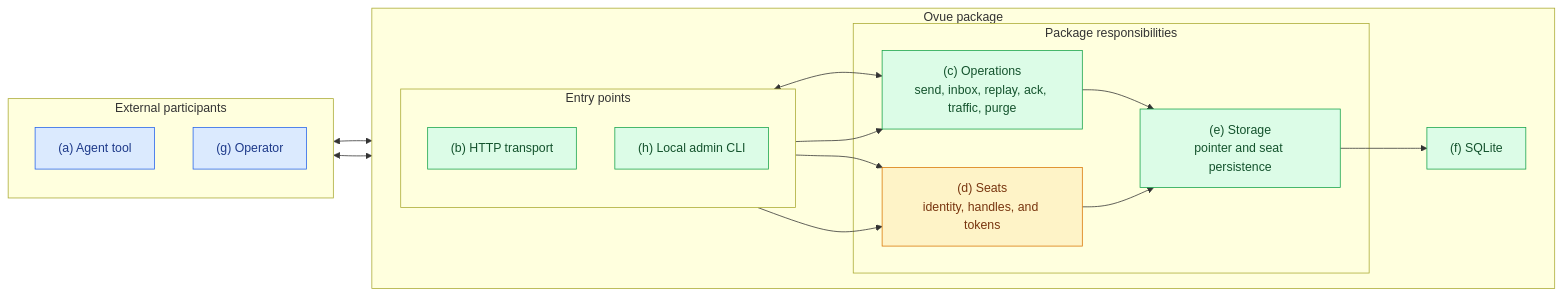
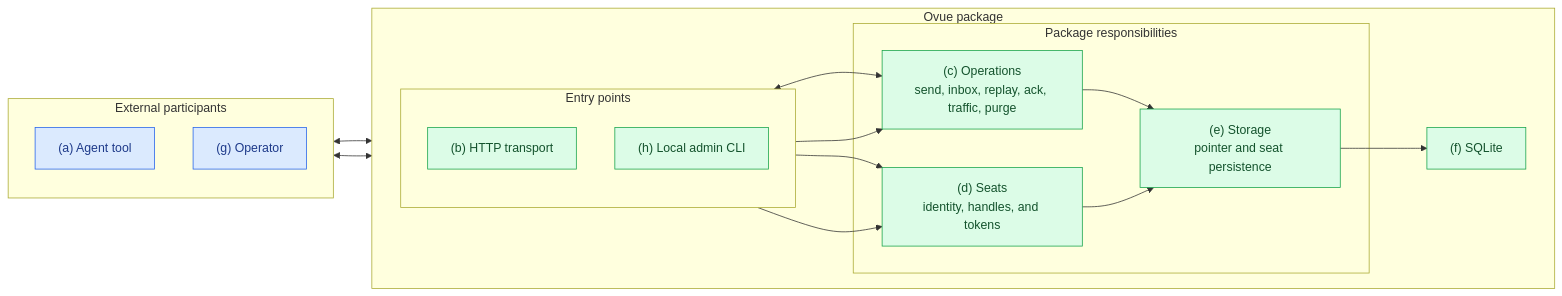
The first of 2 diagrams in spec.md (afroguy16/ovue), drawn with Mermaid before and after one commit. The commit also changed other lines of this file and 24 other files, not shown here.

````diff
--- a/spec.md
+++ b/spec.md
@@ -69,42 +75,42 @@
 ```mermaid
 flowchart LR
     subgraph People[External participants]
         direction TB
         Agent["(a) Agent tool"]
         Operator["(g) Operator"]
     end
 
     subgraph Ovue["Ovue package"]
         direction LR
         subgraph Entry["Entry points"]
             direction TB
             HTTP["(b) HTTP transport"]
             Admin["(h) Local admin CLI"]
         end
 
         subgraph Responsibilities["Package responsibilities"]
             Operations["(c) Operations<br/>send, inbox, replay, ack, traffic, purge"]
             Seats["(d) Seats<br/>identity, handles, and tokens"]
             Store["(e) Storage<br/>pointer and seat persistence"]
         end
 
         SQLite["(f) SQLite"]
         Operations --> Store
         Seats --> Store
         Store --> SQLite
     end
 
     Agent <--> HTTP
     Operator <--> Admin
     HTTP <--> Operations
     HTTP --> Seats
     Admin --> Operations
     Admin --> Seats
 
     classDef complete fill:#dcfce7,stroke:#16a34a,color:#14532d;
     classDef partial fill:#fef3c7,stroke:#d97706,color:#78350f;
     classDef external fill:#dbeafe,stroke:#2563eb,color:#1e3a8a;
     class HTTP,Admin,Operations,Store,SQLite complete;
-    class Seats partial;
+    class Seats complete;
     class Agent,Operator external;
 ```
````
